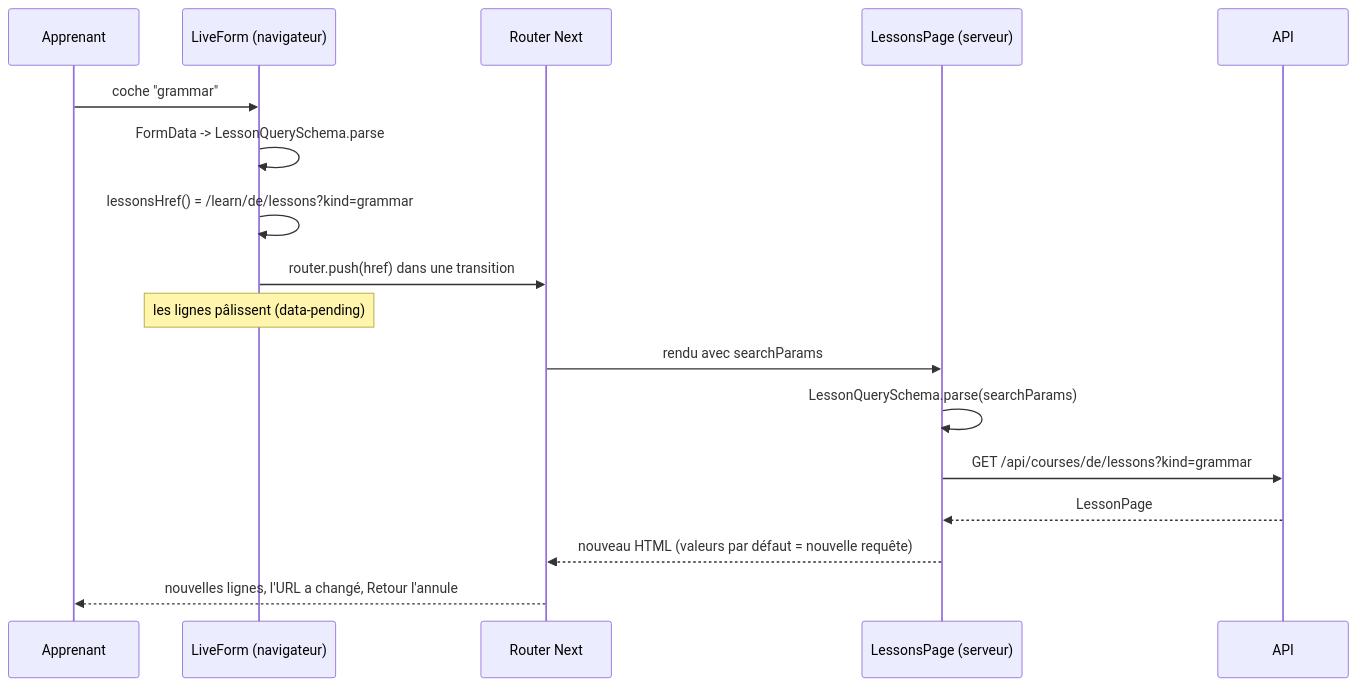
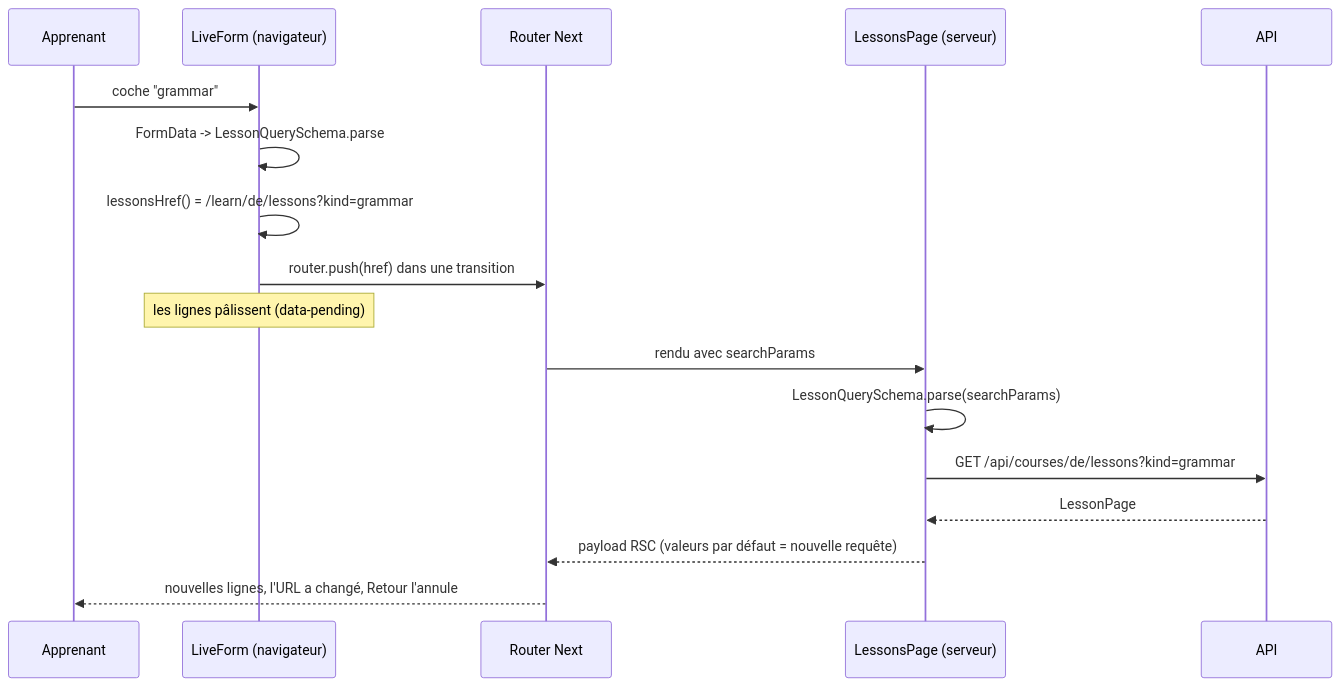
Before and after one commit to VictorBro/ft_transcendence: the sixth of 9 diagrams in docs-fr/web/06-learning-pages.md, drawn with Mermaid. The commit also changed other lines of this file and 59 other files, not shown here.

````diff
--- a/docs-fr/web/06-learning-pages.md
+++ b/docs-fr/web/06-learning-pages.md
@@ -788,19 +788,19 @@
 ```mermaid
 sequenceDiagram
     participant U as Apprenant
     participant F as LiveForm (navigateur)
     participant R as Router Next
     participant P as LessonsPage (serveur)
     participant A as API
     U->>F: coche "grammar"
     F->>F: FormData -> LessonQuerySchema.parse
     F->>F: lessonsHref() = /learn/de/lessons?kind=grammar
     F->>R: router.push(href) dans une transition
     Note over F: les lignes pâlissent (data-pending)
     R->>P: rendu avec searchParams
     P->>P: LessonQuerySchema.parse(searchParams)
     P->>A: GET /api/courses/de/lessons?kind=grammar
     A-->>P: LessonPage
-    P-->>R: nouveau HTML (valeurs par défaut = nouvelle requête)
+    P-->>R: payload RSC (valeurs par défaut = nouvelle requête)
     R-->>U: nouvelles lignes, l'URL a changé, Retour l'annule
 ```
````
